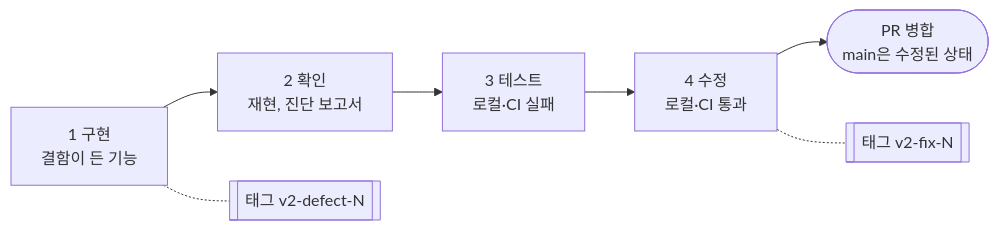
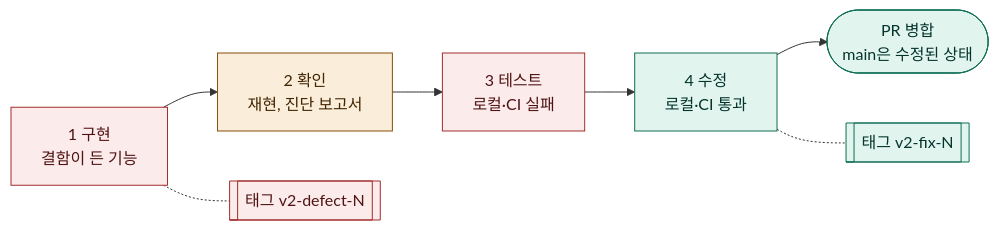
Before and after one commit to loquemedalagana/secure-enroll-demo: the diagram in docs/v2-defects.md, drawn with Mermaid. The commit also changed other lines of this file and 1 other file, not shown here.

Commit message:
docs: 결함 문서의 그림에 색 추가
검사가 이루어지는 곳과 수정된 상태는 초록, 검사 없이 지나가는 곳과 결함이 있는
상태는 빨강으로 구분한다. 색의 뜻을 그림 아래에 한 줄로 적는다.

````diff
--- a/docs/v2-defects.md
+++ b/docs/v2-defects.md
@@ -26,6 +26,13 @@
 ```mermaid
 flowchart LR
   a["1 구현<br/>결함이 든 기능"] --> b["2 확인<br/>재현, 진단 보고서"] --> c["3 테스트<br/>로컬·CI 실패"] --> d["4 수정<br/>로컬·CI 통과"] --> e(["PR 병합<br/>main은 수정된 상태"])
   a -.- t1[["태그 v2-defect-N"]]
   d -.- t2[["태그 v2-fix-N"]]
+
+  classDef safe fill:#E1F5EE,stroke:#0F6E56,color:#04342C
+  classDef danger fill:#FCEBEB,stroke:#A32D2D,color:#501313
+  classDef check fill:#FAEEDA,stroke:#854F0B,color:#412402
+  class a,c,t1 danger
+  class b check
+  class d,e,t2 safe
 ```
````
